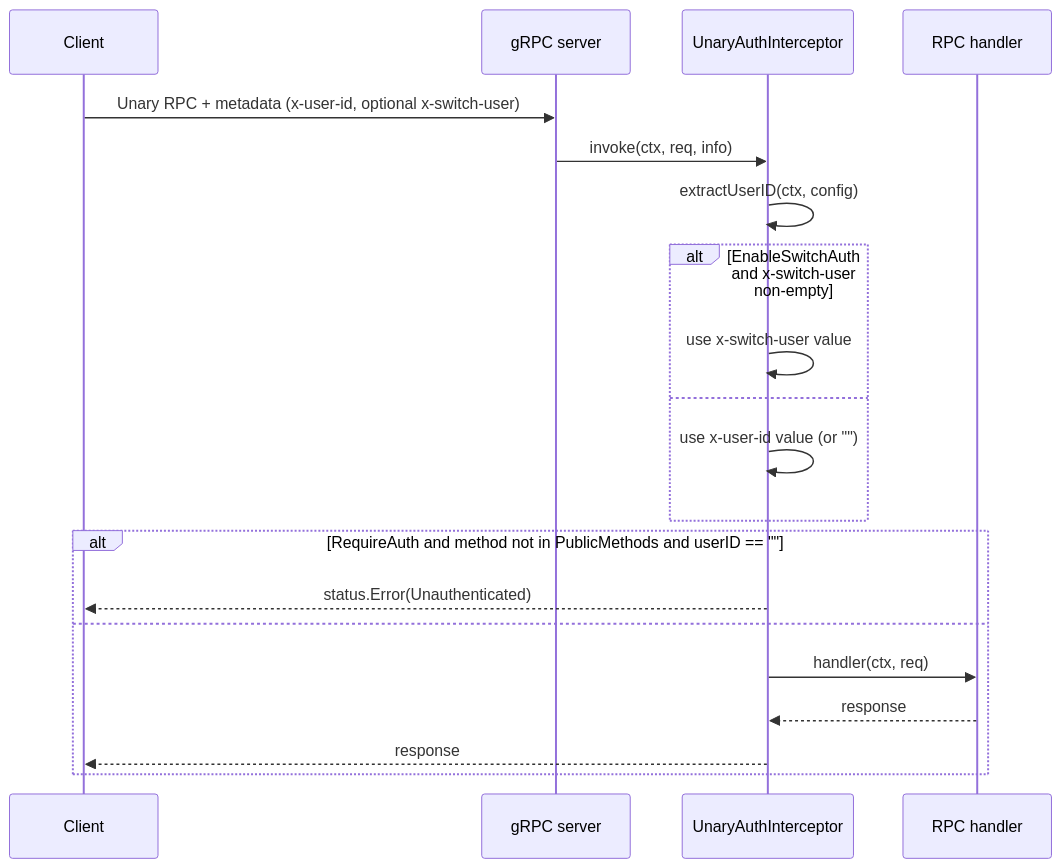
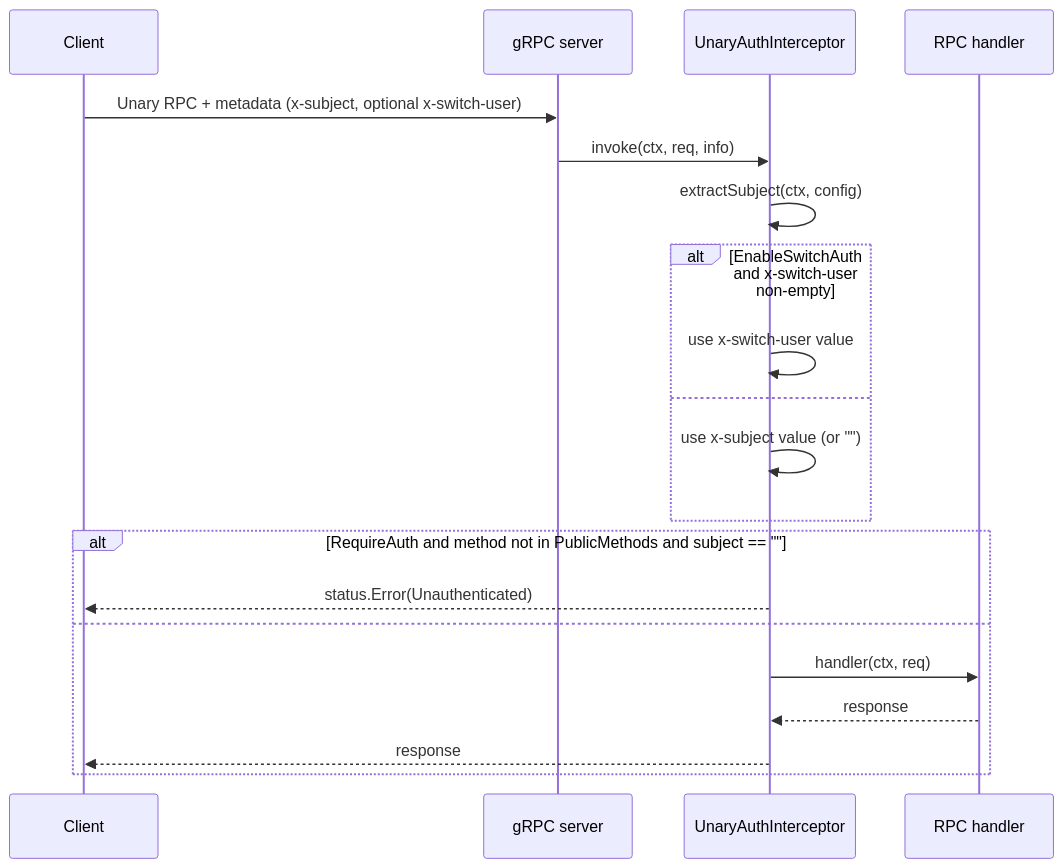
Before and after one commit to panyam/oneauth: the first of 2 diagrams in grpc/DESIGN.md, drawn with Mermaid. The commit also changed other lines of this file and 38 other files, not shown here.

````diff
--- a/grpc/DESIGN.md
+++ b/grpc/DESIGN.md
@@ -45,23 +44,23 @@
 ```mermaid
 sequenceDiagram
     participant Client
     participant Server as gRPC server
     participant Interceptor as UnaryAuthInterceptor
     participant Handler as RPC handler
 
-    Client->>Server: Unary RPC + metadata (x-user-id, optional x-switch-user)
+    Client->>Server: Unary RPC + metadata (x-subject, optional x-switch-user)
     Server->>Interceptor: invoke(ctx, req, info)
-    Interceptor->>Interceptor: extractUserID(ctx, config)
+    Interceptor->>Interceptor: extractSubject(ctx, config)
     alt EnableSwitchAuth and x-switch-user non-empty
         Interceptor->>Interceptor: use x-switch-user value
     else
-        Interceptor->>Interceptor: use x-user-id value (or "")
+        Interceptor->>Interceptor: use x-subject value (or "")
     end
-    alt RequireAuth and method not in PublicMethods and userID == ""
+    alt RequireAuth and method not in PublicMethods and subject == ""
         Interceptor-->>Client: status.Error(Unauthenticated)
     else
         Interceptor->>Handler: handler(ctx, req)
         Handler-->>Interceptor: response
         Interceptor-->>Client: response
     end
 ```
````
